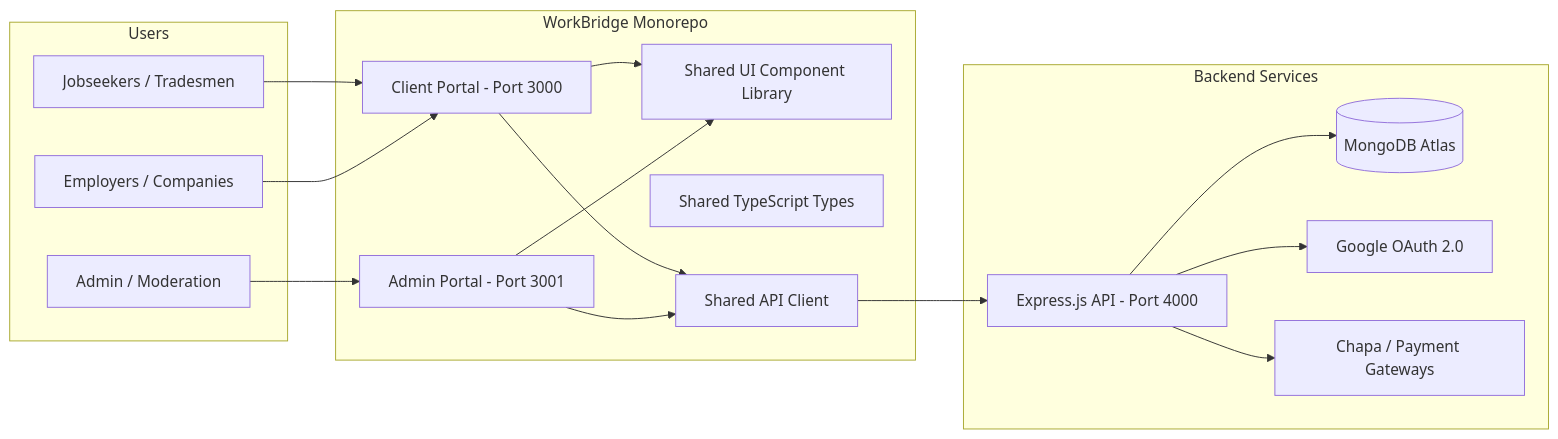
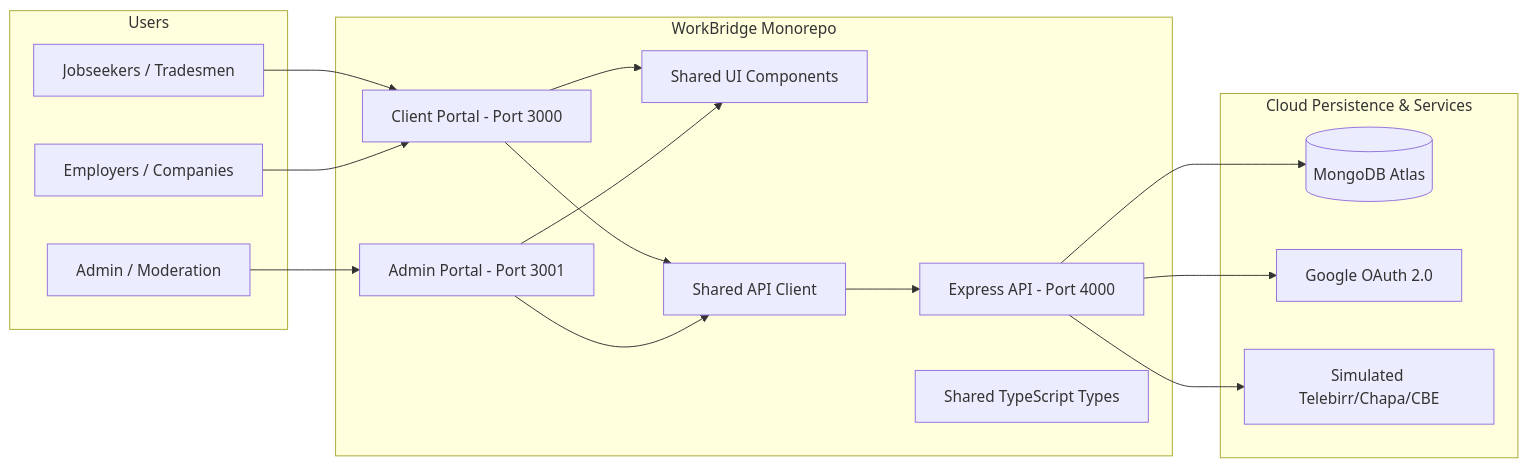
One commit to AbdiHope364/WorkBridge changed the second of 2 diagrams in docs/internship-report/INTERNSHIP_REPORT_ABDI_ABIOT.md. Above: the diagram before and after it, drawn with Mermaid. The commit also changed other lines of this file and 3 other files, not shown here.

````diff
--- a/docs/internship-report/INTERNSHIP_REPORT_ABDI_ABIOT.md
+++ b/docs/internship-report/INTERNSHIP_REPORT_ABDI_ABIOT.md
@@ -233,35 +239,35 @@
 ```mermaid
 graph LR
     subgraph Users
         JS[Jobseekers / Tradesmen]
         EM[Employers / Companies]
         AD[Admin / Moderation]
     end
 
     subgraph WorkBridge Monorepo
         WC[Client Portal - Port 3000]
         AP[Admin Portal - Port 3001]
-        UI[Shared UI Component Library]
+        BE[Express API - Port 4000]
+        UI[Shared UI Components]
         TY[Shared TypeScript Types]
         AC[Shared API Client]
     end
 
-    subgraph Backend Services
-        BE[Express.js API - Port 4000]
+    subgraph Cloud Persistence & Services
         DB[(MongoDB Atlas)]
         GO[Google OAuth 2.0]
-        CP[Chapa / Payment Gateways]
+        MP[Simulated Telebirr/Chapa/CBE]
     end
 
     JS --> WC
     EM --> WC
     AD --> AP
     WC --> UI
     AP --> UI
     WC --> AC
     AP --> AC
     AC --> BE
     BE --> DB
     BE --> GO
-    BE --> CP
+    BE --> MP
 ```
````
